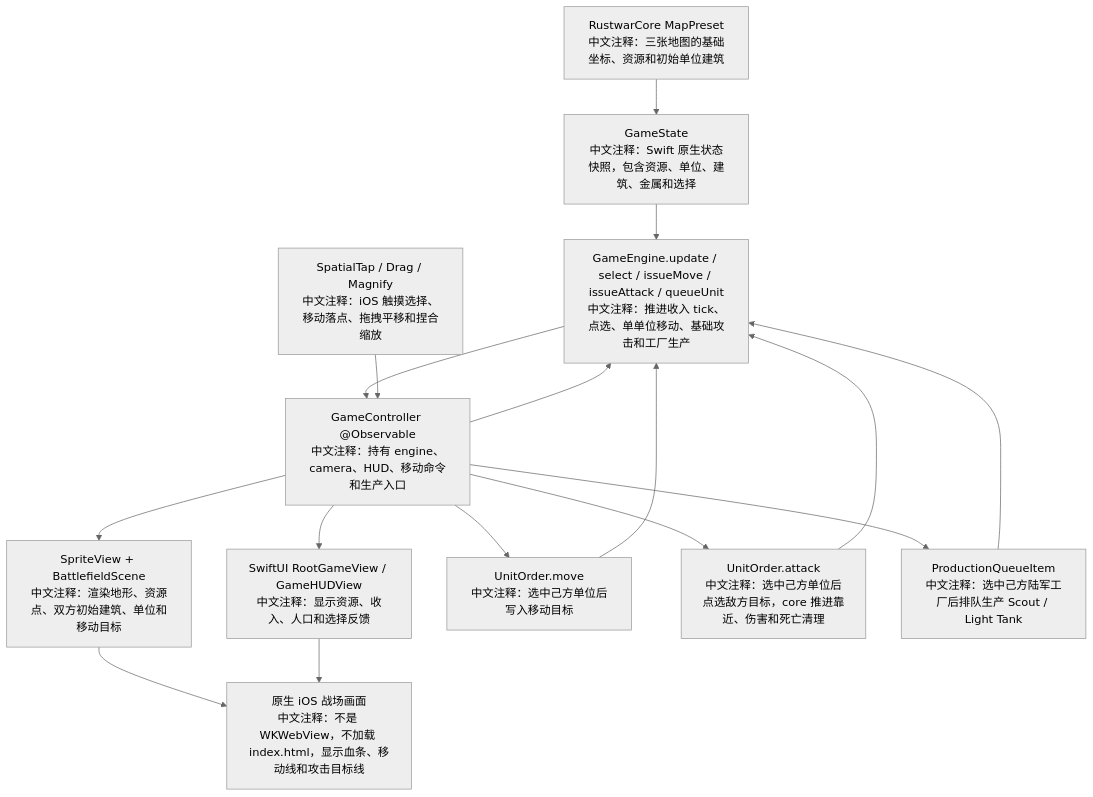
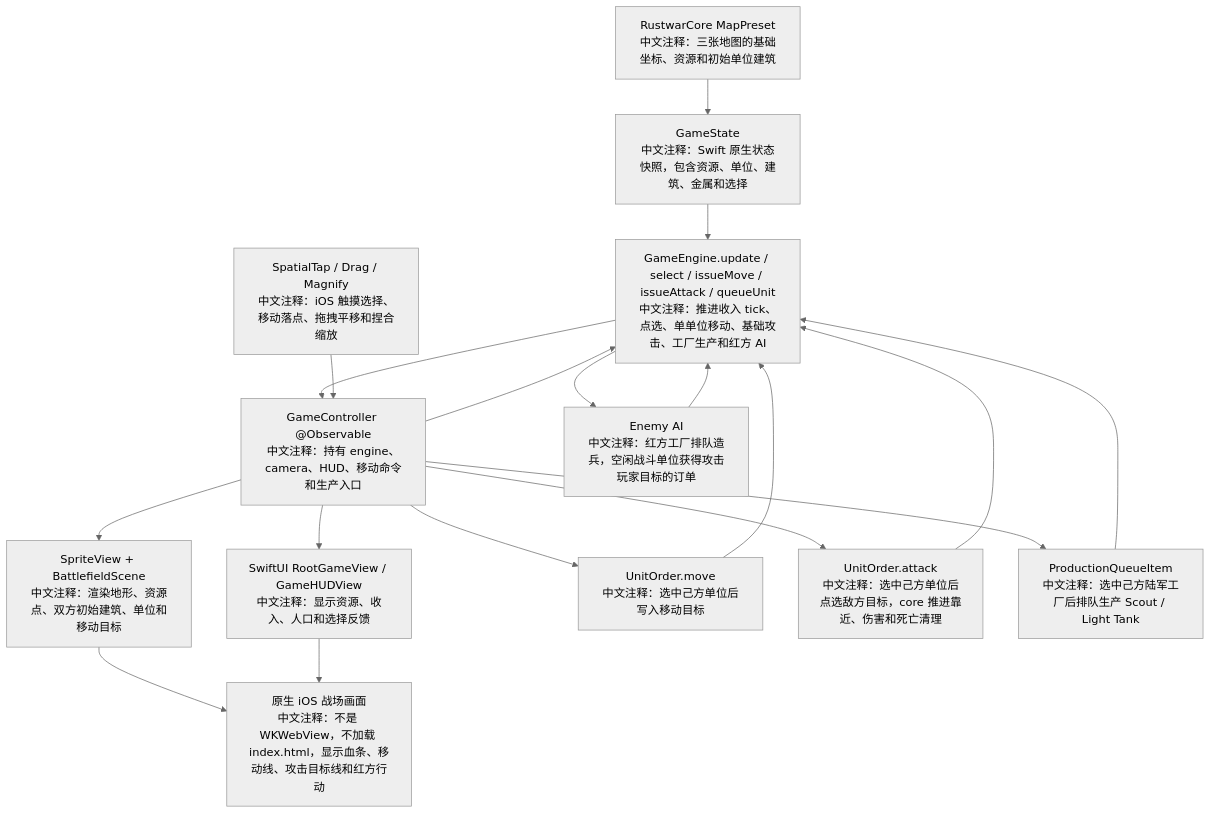
The third of 5 diagrams in md/flow/flowchart.md (Altman-sam114/120), drawn with Mermaid (neutral theme) before and after one commit. The commit also changed 7 other files, not shown here.

````diff
--- a/md/flow/flowchart.md
+++ b/md/flow/flowchart.md
@@ -52,18 +52,20 @@
 ```mermaid
 flowchart TD
   P["RustwarCore MapPreset<br/>中文注释：三张地图的基础坐标、资源和初始单位建筑"] --> S["GameState<br/>中文注释：Swift 原生状态快照，包含资源、单位、建筑、金属和选择"]
-  S --> E["GameEngine.update / select / issueMove / issueAttack / queueUnit<br/>中文注释：推进收入 tick、点选、单单位移动、基础攻击和工厂生产"]
+  S --> E["GameEngine.update / select / issueMove / issueAttack / queueUnit<br/>中文注释：推进收入 tick、点选、单单位移动、基础攻击、工厂生产和红方 AI"]
   E --> C["GameController @Observable<br/>中文注释：持有 engine、camera、HUD、移动命令和生产入口"]
   C --> H["SwiftUI RootGameView / GameHUDView<br/>中文注释：显示资源、收入、人口和选择反馈"]
   C --> B["SpriteView + BattlefieldScene<br/>中文注释：渲染地形、资源点、双方初始建筑、单位和移动目标"]
   T["SpatialTap / Drag / Magnify<br/>中文注释：iOS 触摸选择、移动落点、拖拽平移和捏合缩放"] --> C
   C --> M["UnitOrder.move<br/>中文注释：选中己方单位后写入移动目标"]
   M --> E
   C --> A["UnitOrder.attack<br/>中文注释：选中己方单位后点选敌方目标，core 推进靠近、伤害和死亡清理"]
   A --> E
   C --> Q["ProductionQueueItem<br/>中文注释：选中己方陆军工厂后排队生产 Scout / Light Tank"]
   Q --> E
+  E --> AI["Enemy AI<br/>中文注释：红方工厂排队造兵，空闲战斗单位获得攻击玩家目标的订单"]
+  AI --> E
   C --> E
-  B --> O["原生 iOS 战场画面<br/>中文注释：不是 WKWebView，不加载 index.html，显示血条、移动线和攻击目标线"]
+  B --> O["原生 iOS 战场画面<br/>中文注释：不是 WKWebView，不加载 index.html，显示血条、移动线、攻击目标线和红方行动"]
   H --> O
 ```
````
